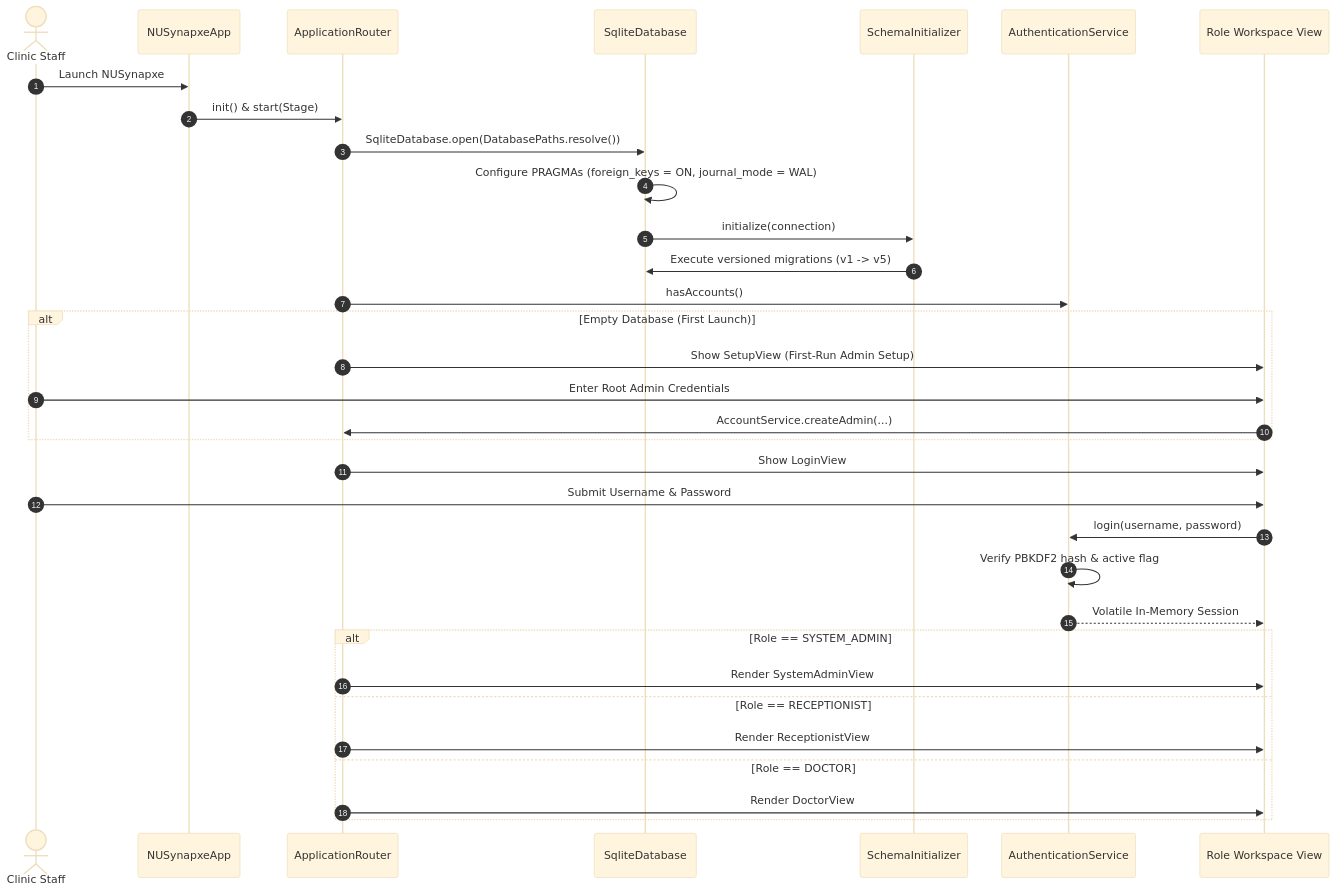
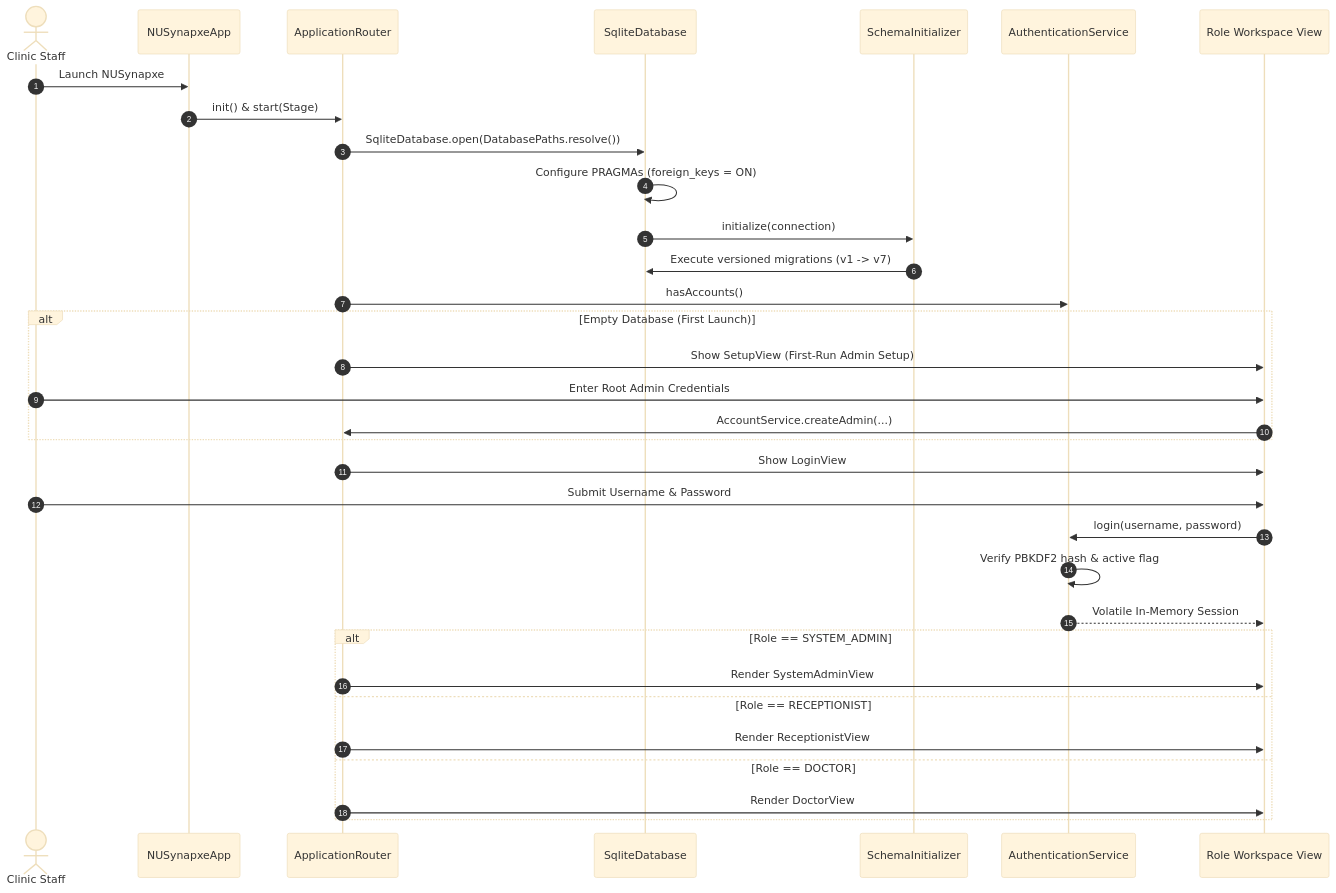
One commit to CS3227-2610-MP2-NUSynapxe/CS3227-2610-MP2 changed the second of 13 diagrams in docs/ArchitectureAndDesign.md. Above: the diagram before and after it, drawn with Mermaid (base theme). The commit also changed other lines of this file and 4 other files, not shown here.

````diff
--- a/docs/ArchitectureAndDesign.md
+++ b/docs/ArchitectureAndDesign.md
@@ -51,36 +51,36 @@
 ```mermaid
 sequenceDiagram
     autonumber
     actor User as Clinic Staff
     participant App as NUSynapxeApp
     participant Router as ApplicationRouter
     participant DB as SqliteDatabase
     participant Migrator as SchemaInitializer
     participant Auth as AuthenticationService
     participant UI as Role Workspace View
 
     User->>App: Launch NUSynapxe
     App->>Router: init() & start(Stage)
     Router->>DB: SqliteDatabase.open(DatabasePaths.resolve())
-    DB->>DB: Configure PRAGMAs (foreign_keys = ON, journal_mode = WAL)
+    DB->>DB: Configure PRAGMAs (foreign_keys = ON)
     DB->>Migrator: initialize(connection)
-    Migrator->>DB: Execute versioned migrations (v1 -> v5)
+    Migrator->>DB: Execute versioned migrations (v1 -> v7)
     Router->>Auth: hasAccounts()
     alt Empty Database (First Launch)
         Router->>UI: Show SetupView (First-Run Admin Setup)
         User->>UI: Enter Root Admin Credentials
         UI->>Router: AccountService.createAdmin(...)
     end
     Router->>UI: Show LoginView
     User->>UI: Submit Username & Password
     UI->>Auth: login(username, password)
     Auth->>Auth: Verify PBKDF2 hash & active flag
     Auth-->>UI: Volatile In-Memory Session
     alt Role == SYSTEM_ADMIN
         Router->>UI: Render SystemAdminView
     else Role == RECEPTIONIST
         Router->>UI: Render ReceptionistView
     else Role == DOCTOR
         Router->>UI: Render DoctorView
     end
 ```
````
